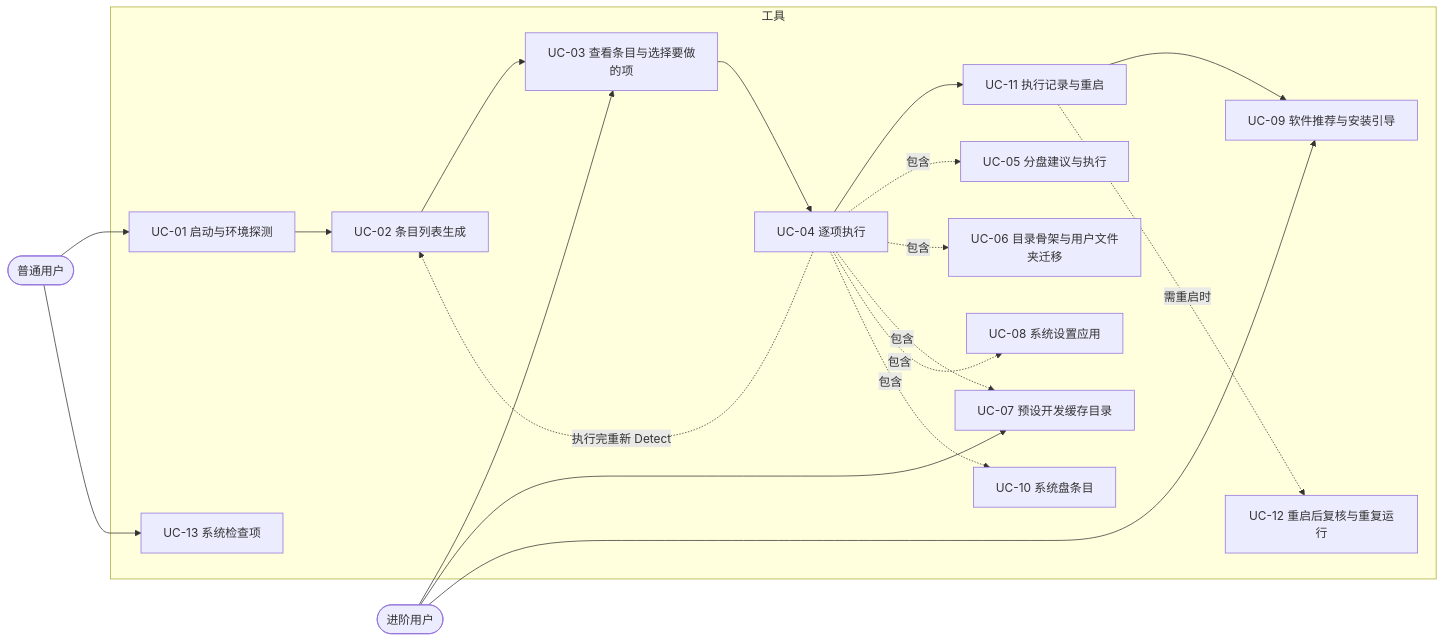
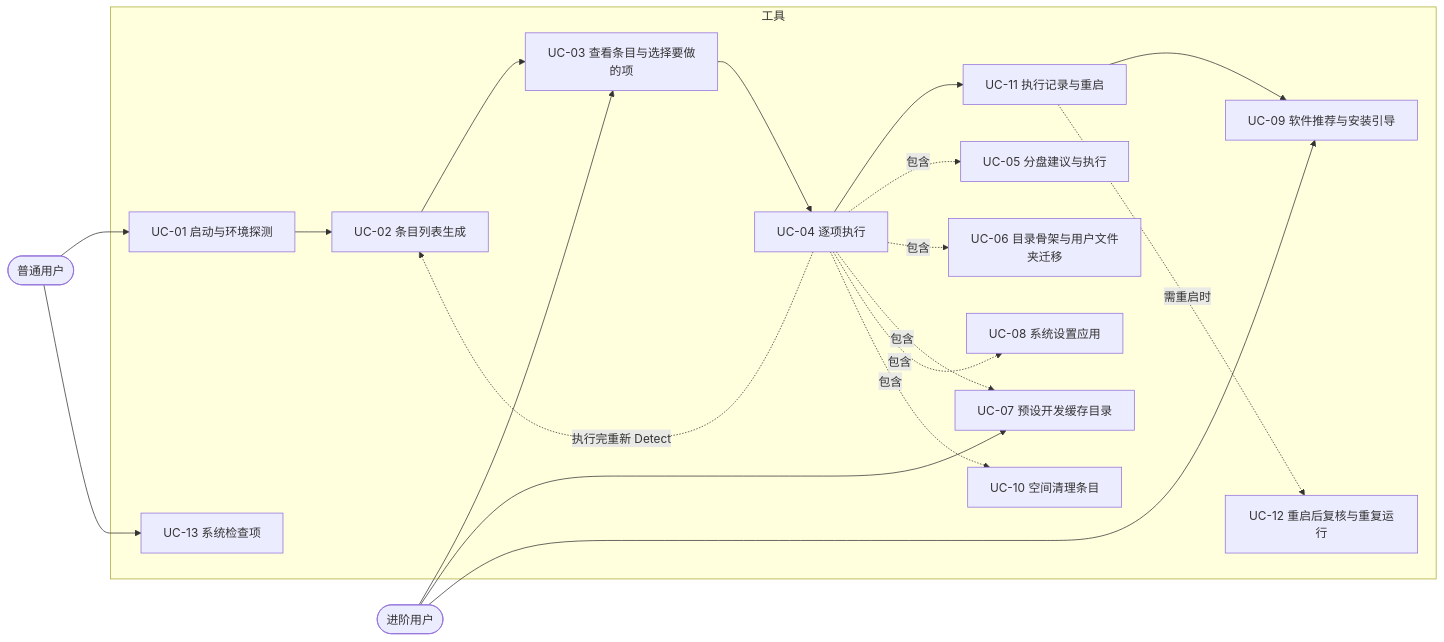
The first of 8 diagrams in docs/02-用例与用户流程.md (CookPiu/WinHomestead), drawn with Mermaid before and after one commit. The commit also changed other lines of this file and 4 other files, not shown here.

````diff
--- a/docs/02-用例与用户流程.md
+++ b/docs/02-用例与用户流程.md
@@ -24,33 +24,33 @@
 ```mermaid
 flowchart LR
   U([普通用户])
   P([进阶用户])
   subgraph 工具
     UC01[UC-01 启动与环境探测]
     UC02[UC-02 条目列表生成]
     UC03[UC-03 查看条目与选择要做的项]
     UC04[UC-04 逐项执行]
     UC05[UC-05 分盘建议与执行]
     UC06[UC-06 目录骨架与用户文件夹迁移]
     UC07[UC-07 预设开发缓存目录]
     UC08[UC-08 系统设置应用]
     UC09[UC-09 软件推荐与安装引导]
-    UC10[UC-10 系统盘条目]
+    UC10[UC-10 空间清理条目]
     UC11[UC-11 执行记录与重启]
     UC12[UC-12 重启后复核与重复运行]
     UC13[UC-13 系统检查项]
   end
   U --> UC01 --> UC02 --> UC03 --> UC04 --> UC11
   UC04 -.执行完重新 Detect.-> UC02
   UC04 -.包含.-> UC05
   UC04 -.包含.-> UC06
   UC04 -.包含.-> UC07
   UC04 -.包含.-> UC08
   UC04 -.包含.-> UC10
   UC11 --> UC09
   UC11 -.需重启时.-> UC12
   U --> UC13
   P --> UC03
   P --> UC07
   P --> UC09
 ```
````
